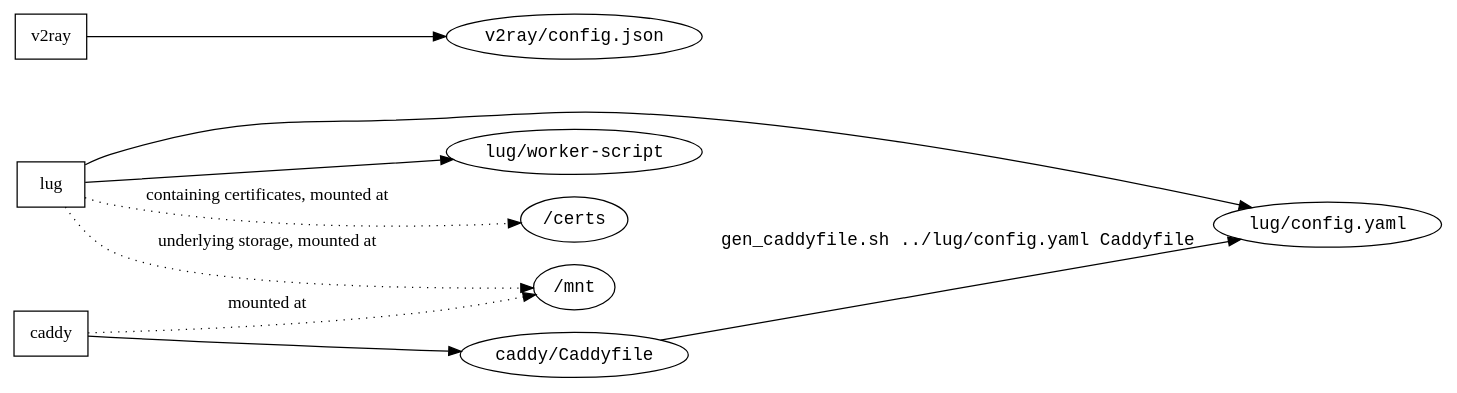
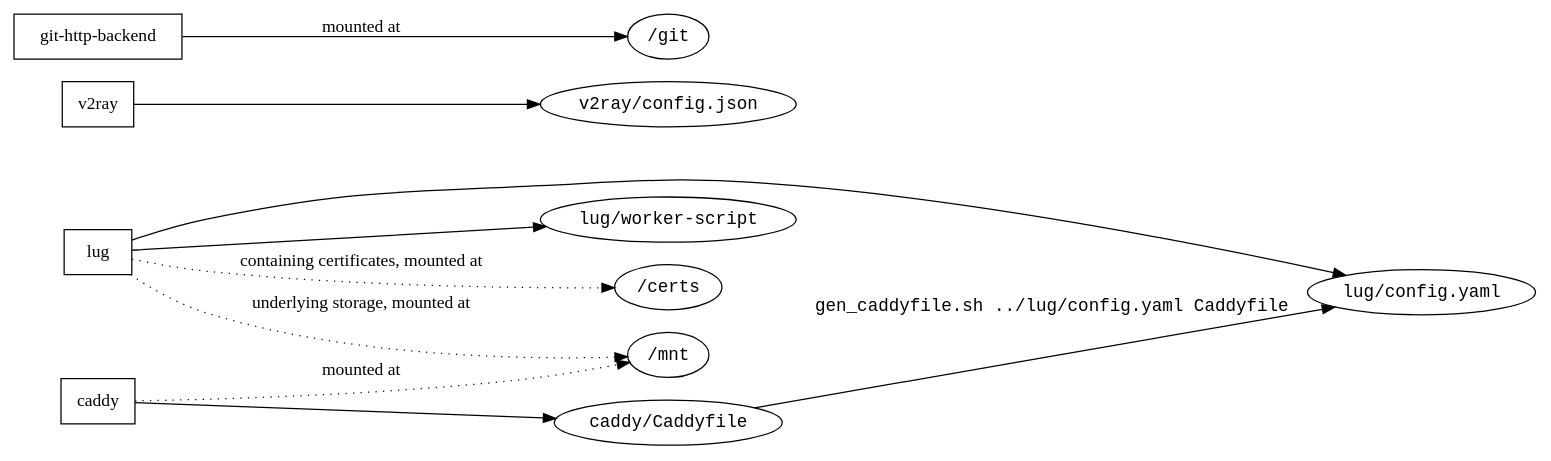
One commit to sjtug/mirror-docker changed the diagram in doc-assets/config-dependency.dot. Above: the diagram before and after it, drawn with Graphviz. The commit also changed 4 other files, not shown here.

```diff
--- a/doc-assets/config-dependency.dot
+++ b/doc-assets/config-dependency.dot
@@ -1,14 +1,15 @@
 digraph {
     rankdir=LR
     node [shape=box];
-    lug, caddy, v2ray;
+    lug, caddy, v2ray, "git-http-backend";
     node [shape=oval, fontname="Courier New"];
     lug -> "lug/config.yaml";
     lug -> "lug/worker-script";
     lug -> "/certs" [style="dotted" label="containing certificates, mounted at"];
     lug -> "/mnt" [style="dotted", label="underlying storage, mounted at"];
     caddy -> "caddy/Caddyfile";
     caddy -> "/mnt" [style="dotted", label="mounted at"];
     "caddy/Caddyfile" -> "lug/config.yaml" [label="gen_caddyfile.sh ../lug/config.yaml Caddyfile", fontname="Courier New"];
     v2ray -> "v2ray/config.json";
+    "git-http-backend" -> "/git" [stype="dotted", label="mounted at"];
 }
```
